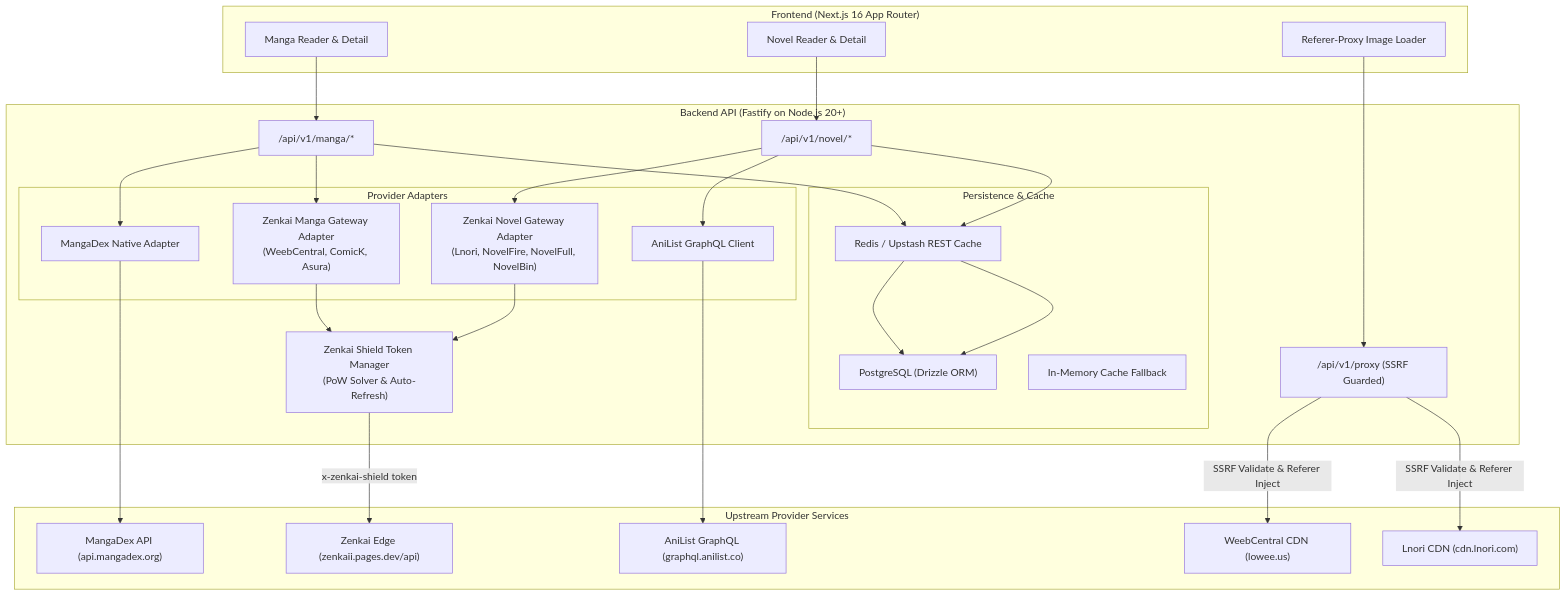
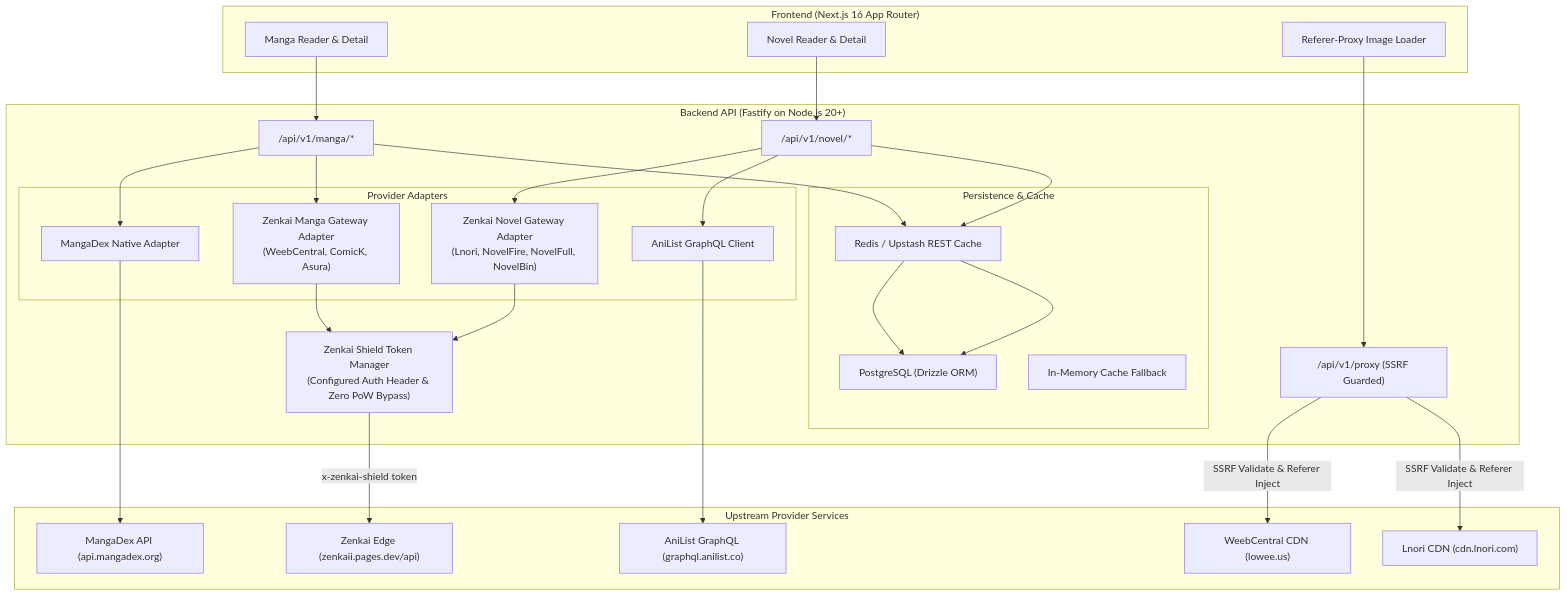
Before and after one commit to johan-droid/Zenkai-web: the diagram in docs/extraction-architecture.md, drawn with Mermaid.

Commit message:
docs(architecture): update extraction architecture diagram for zenkaiShield

````diff
--- a/docs/extraction-architecture.md
+++ b/docs/extraction-architecture.md
@@ -7,55 +7,55 @@
 ```mermaid
 flowchart TD
     subgraph Client ["Frontend (Next.js 16 App Router)"]
         UI_Manga["Manga Reader & Detail"]
         UI_Novel["Novel Reader & Detail"]
         UI_Proxy["Referer-Proxy Image Loader"]
     end
 
     subgraph BackendGateway ["Backend API (Fastify on Node.js 20+)"]
         Route_Manga["/api/v1/manga/*"]
         Route_Novel["/api/v1/novel/*"]
         Route_Proxy["/api/v1/proxy (SSRF Guarded)"]
         
-        ShieldMgr["Zenkai Shield Token Manager\n(PoW Solver & Auto-Refresh)"]
+        ShieldMgr["Zenkai Shield Token Manager\n(Configured Auth Header & Zero PoW Bypass)"]
         
         subgraph Adapters ["Provider Adapters"]
             Adp_MD["MangaDex Native Adapter"]
             Adp_ZK_Manga["Zenkai Manga Gateway Adapter\n(WeebCentral, ComicK, Asura)"]
             Adp_ZK_Novel["Zenkai Novel Gateway Adapter\n(Lnori, NovelFire, NovelFull, NovelBin)"]
             Adp_AniList["AniList GraphQL Client"]
         end
         
         subgraph Storage ["Persistence & Cache"]
             RedisCache["Redis / Upstash REST Cache"]
             DrizzleDB["PostgreSQL (Drizzle ORM)"]
             MemCache["In-Memory Cache Fallback"]
         end
     end
 
     subgraph Upstream ["Upstream Provider Services"]
         Edge_ZK["Zenkai Edge (zenkaii.pages.dev/api)"]
         API_MD["MangaDex API (api.mangadex.org)"]
         API_AL["AniList GraphQL (graphql.anilist.co)"]
         CDN_Weeb["WeebCentral CDN (lowee.us)"]
         CDN_Lnori["Lnori CDN (cdn.lnori.com)"]
     end
 
     UI_Manga --> Route_Manga
     UI_Novel --> Route_Novel
     UI_Proxy --> Route_Proxy
     Route_Proxy -->|SSRF Validate & Referer Inject| CDN_Weeb
     Route_Proxy -->|SSRF Validate & Referer Inject| CDN_Lnori
 
     Route_Manga --> Adp_MD & Adp_ZK_Manga
     Route_Novel --> Adp_ZK_Novel & Adp_AniList
     
     Adp_ZK_Manga --> ShieldMgr
     Adp_ZK_Novel --> ShieldMgr
     ShieldMgr -->|x-zenkai-shield token| Edge_ZK
     Adp_MD --> API_MD
     Adp_AniList --> API_AL
 
     Route_Manga --> RedisCache --> DrizzleDB
     Route_Novel --> RedisCache --> DrizzleDB
 ```
````
